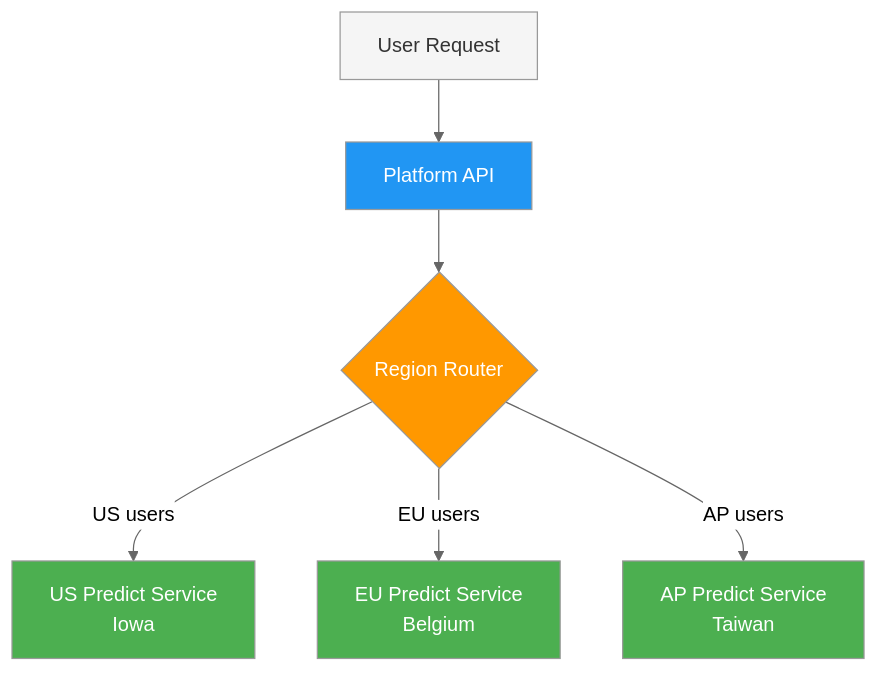
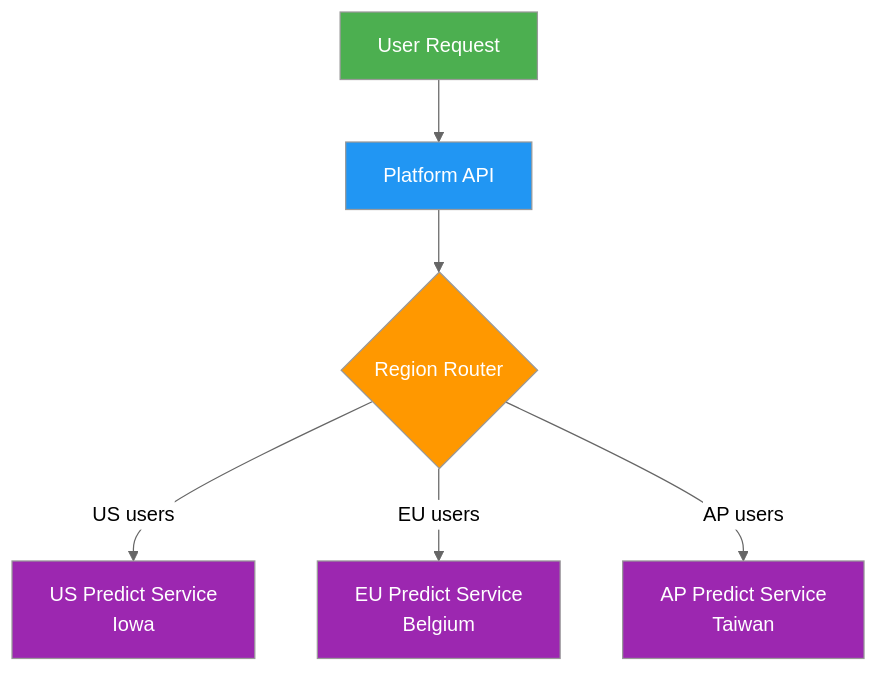
One commit to medusa717/AI-ULTRALYTICS changed the second of 2 diagrams in docs/en/platform/deploy/index.md. Above: the diagram before and after it, drawn with Mermaid (neutral theme). The commit also changed other lines of this file and 18 other files, not shown here.

Commit message:
Standardize Mermaid diagram colors across docs (#24932)

````diff
--- a/docs/en/platform/deploy/index.md
+++ b/docs/en/platform/deploy/index.md
@@ -71,15 +70,13 @@
 ```mermaid
 graph TB
-    User[User Request] --> API[Platform API]
-    API --> Router{Region Router}
-    Router -->|US users| US["US Predict Service<br/>Iowa"]
-    Router -->|EU users| EU["EU Predict Service<br/>Belgium"]
-    Router -->|AP users| AP["AP Predict Service<br/>Taiwan"]
+    User[User Request]:::start --> API[Platform API]:::proc
+    API --> Router{Region Router}:::decide
+    Router -->|US users| US["US Predict Service<br/>Iowa"]:::out
+    Router -->|EU users| EU["EU Predict Service<br/>Belgium"]:::out
+    Router -->|AP users| AP["AP Predict Service<br/>Taiwan"]:::out
 
-    style User fill:#f5f5f5,color:#333
-    style API fill:#2196F3,color:#fff
-    style Router fill:#FF9800,color:#fff
-    style US fill:#4CAF50,color:#fff
-    style EU fill:#4CAF50,color:#fff
-    style AP fill:#4CAF50,color:#fff
+    classDef start fill:#4CAF50,color:#fff
+    classDef proc fill:#2196F3,color:#fff
+    classDef decide fill:#FF9800,color:#fff
+    classDef out fill:#9C27B0,color:#fff
 ```
````
